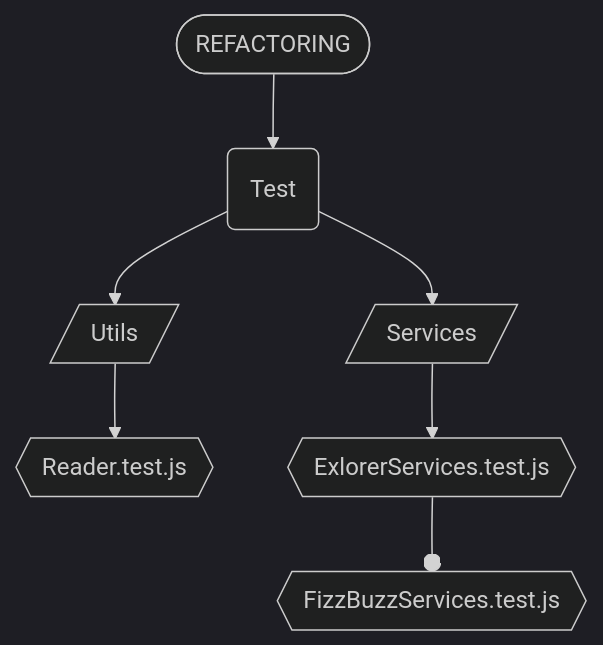
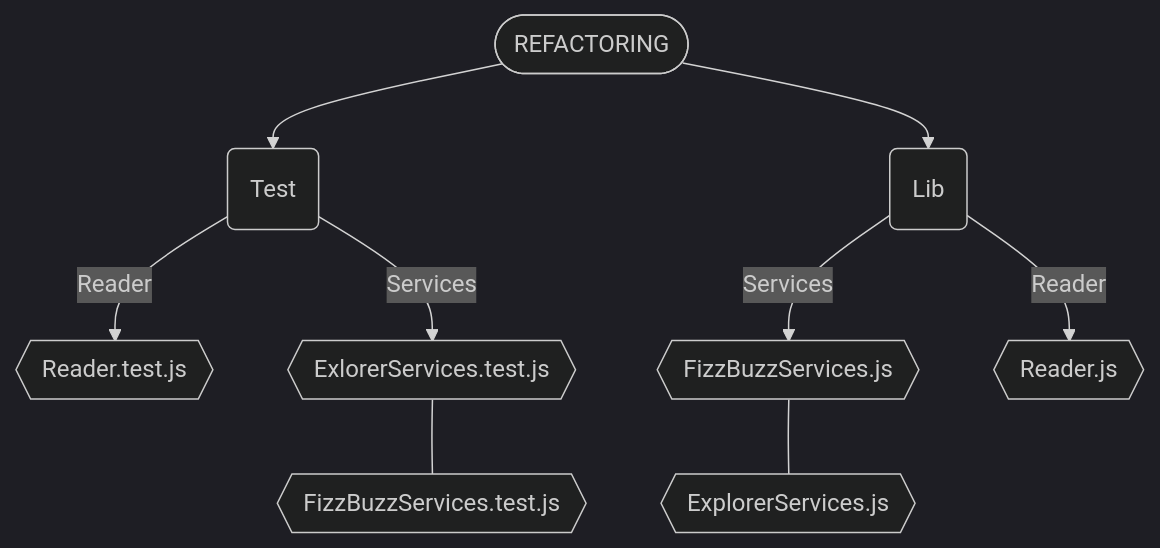
One commit to AlexHz01/Refactoring changed the fourth of 4 diagrams in Readme.md. Above: the diagram before and after it, drawn with Mermaid (dark theme).

````diff
--- a/Readme.md
+++ b/Readme.md
@@ -335,9 +335,11 @@
 ```mermaid
 graph TD;
     id1([REFACTORING]) --> id2(Test) 
-    id2(Test) --> id3[/Utils/]
-    id3[/Utils/] --> id5{{Reader.test.js}}
-    id2(Test) --> id4[/Services/]
-    id4[/Services/] --> id6{{ExlorerServices.test.js}}
-    id6{{ExlorerServices.test.js}} --o id7{{FizzBuzzServices.test.js}}
+    id2(Test) -- Reader --> id5{{Reader.test.js}}
+    id2(Test) -- Services --> id6{{ExlorerServices.test.js}}
+    id6{{ExlorerServices.test.js}} --- id7{{FizzBuzzServices.test.js}}
+    id1([REFACTORING]) --> id8(Lib)
+    id8(Lib) -- Services --> id9{{FizzBuzzServices.js}}
+    id9{{FizzBuzzServices.js}} --- id10{{ExplorerServices.js}}
+    id8(Lib) -- Reader --> id11{{Reader.js}}
 ```
````
